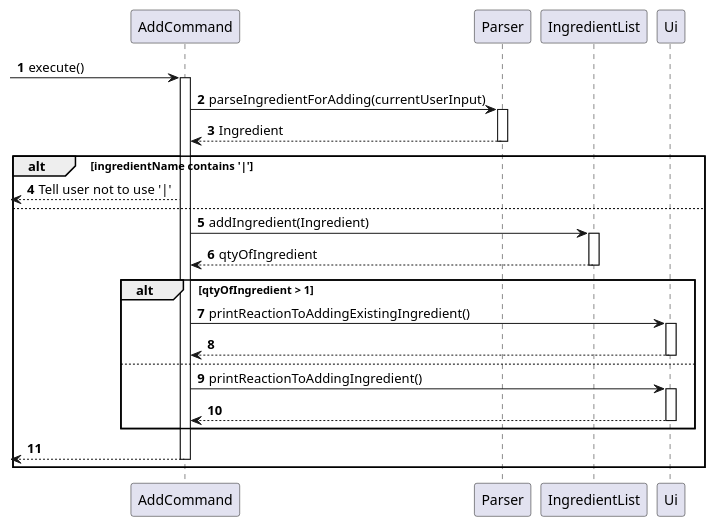
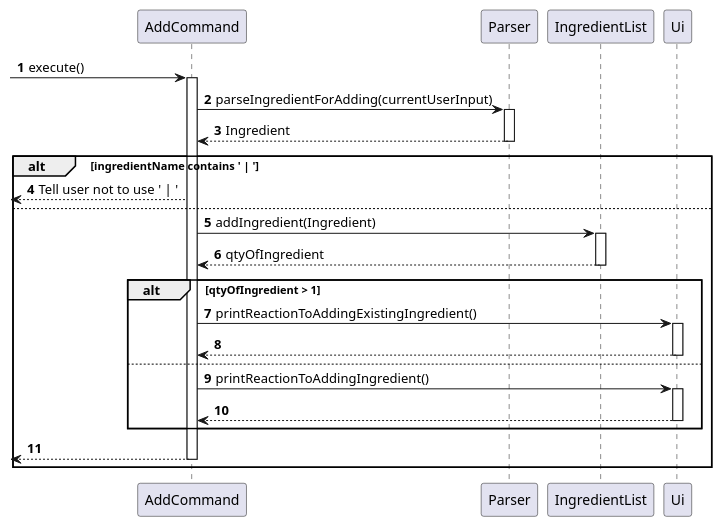
One commit to uosjapuelks/tp changed the diagram in docs/umlDiagrams/AddSequence.puml. Above: the diagram before and after it, drawn with PlantUML. The commit also changed 2 other files, not shown here.

```diff
--- a/docs/umlDiagrams/AddSequence.puml
+++ b/docs/umlDiagrams/AddSequence.puml
@@ -1,46 +1,46 @@
 @startuml
 'https://plantuml.com/sequence-diagram
 
 autonumber
 
 -> AddCommand: execute()
 activate AddCommand
 
 AddCommand -> Parser: parseIngredientForAdding(currentUserInput)
 activate Parser
 AddCommand <-- Parser: Ingredient
 deactivate Parser
 
-alt ingredientName contains '|'
+alt ingredientName contains ' | '
 
-    <-- AddCommand: Tell user not to use '|'
+    <-- AddCommand: Tell user not to use ' | '
 
 else
 
     AddCommand -> IngredientList: addIngredient(Ingredient)
     activate IngredientList
 
     AddCommand <-- IngredientList: qtyOfIngredient
     deactivate IngredientList
 
     alt qtyOfIngredient > 1
 
         AddCommand -> Ui: printReactionToAddingExistingIngredient()
         activate Ui
         AddCommand <-- Ui
         deactivate Ui
 
     else
         AddCommand -> Ui: printReactionToAddingIngredient()
         activate Ui
         AddCommand <-- Ui
         deactivate Ui
 
     end
 
     <-- AddCommand
     deactivate AddCommand
 end
 
 
 @enduml
```
